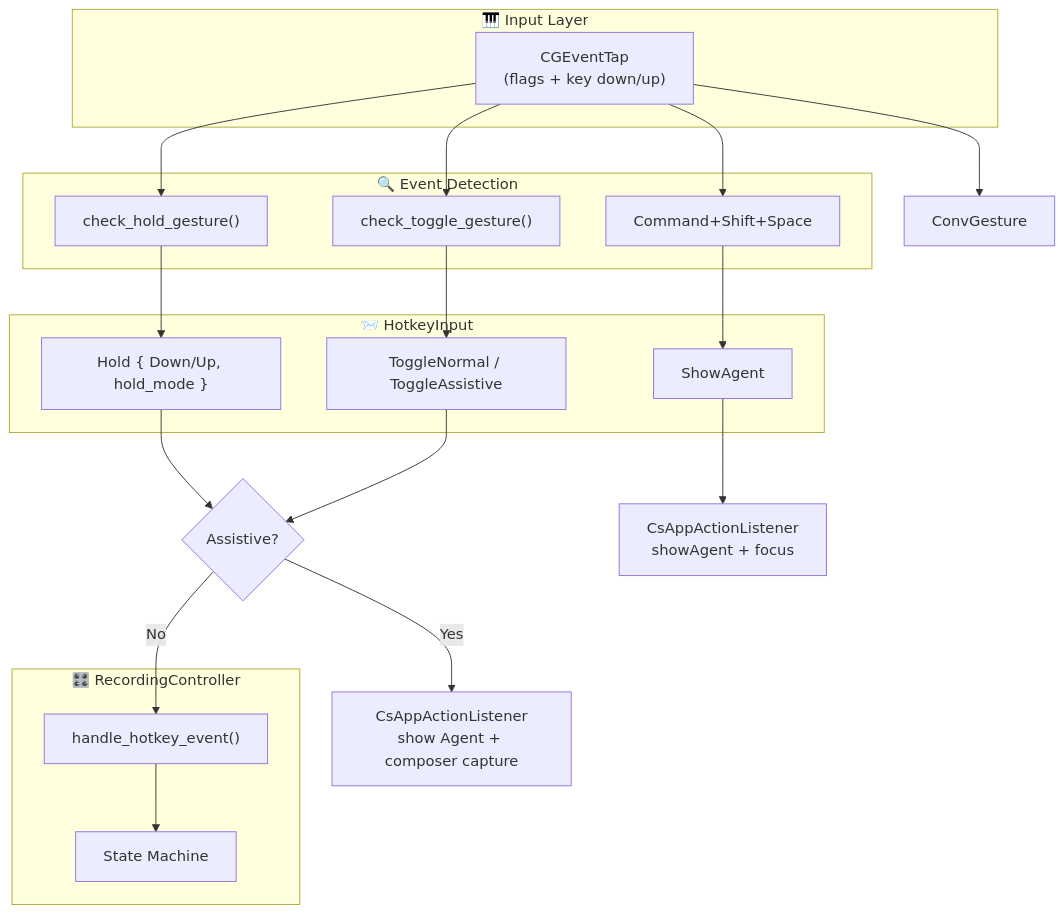
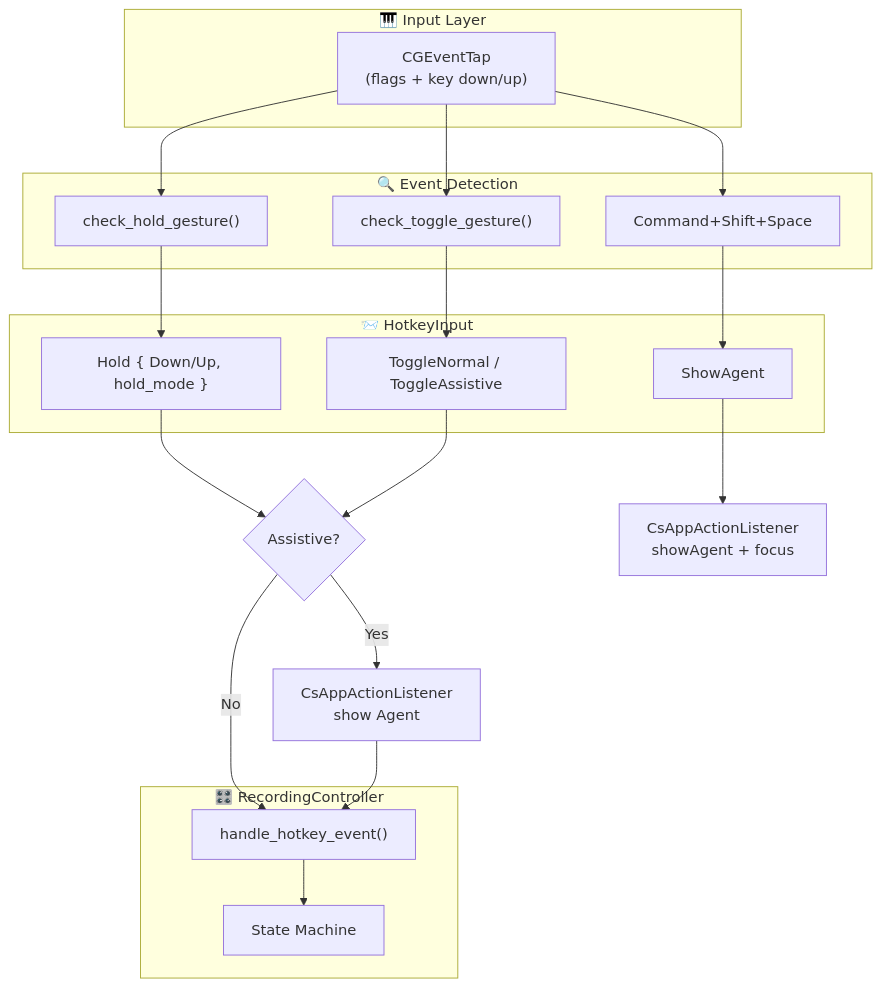
Before and after one commit to vetcoders/codescribe: the first of 6 diagrams in docs/HOTKEYS_CONTRACT.md, drawn with Mermaid. The commit also changed other lines of this file and 26 other files, not shown here.

````diff
--- a/docs/HOTKEYS_CONTRACT.md
+++ b/docs/HOTKEYS_CONTRACT.md
@@ -62,39 +62,38 @@
 ```mermaid
 flowchart TB
     subgraph Input["🎹 Input Layer"]
         CGEventTap["CGEventTap<br/>(flags + key down/up)"]
     end
 
     subgraph Detection["🔍 Event Detection"]
         HoldGesture["check_hold_gesture()"]
         ToggleGesture["check_toggle_gesture()"]
         CommandGesture["Command+Shift+Space"]
     end
 
     subgraph Events["📨 HotkeyInput"]
         HoldEvent["Hold { Down/Up, hold_mode }"]
         ToggleEvent["ToggleNormal / ToggleAssistive"]
         ShowAgent["ShowAgent"]
     end
 
     subgraph Controller["🎛️ RecordingController"]
         Handler["handle_hotkey_event()"]
         StateMachine["State Machine"]
     end
 
     CGEventTap --> HoldGesture
     CGEventTap --> ToggleGesture
-    CGEventTap --> ConvGesture
-
     HoldGesture --> HoldEvent
     ToggleGesture --> ToggleEvent
     CGEventTap --> CommandGesture
     CommandGesture --> ShowAgent
     HoldEvent --> AssistiveSplit{"Assistive?"}
     ToggleEvent --> AssistiveSplit
     AssistiveSplit -->|No| Handler
-    AssistiveSplit -->|Yes| AgentCapture["CsAppActionListener<br/>show Agent + composer capture"]
+    AssistiveSplit -->|Yes| AgentNotice["CsAppActionListener<br/>show Agent"]
+    AgentNotice --> Handler
     ShowAgent --> AppAction["CsAppActionListener<br/>showAgent + focus"]
 
     Handler --> StateMachine
 ```
````
